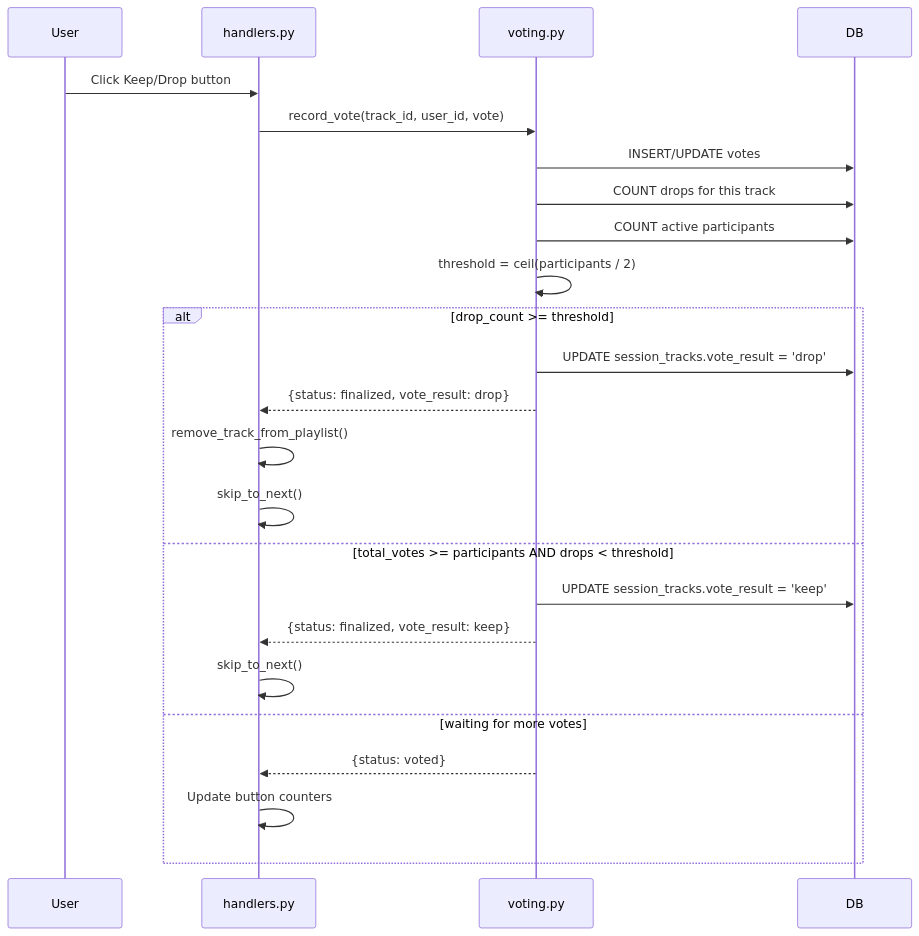
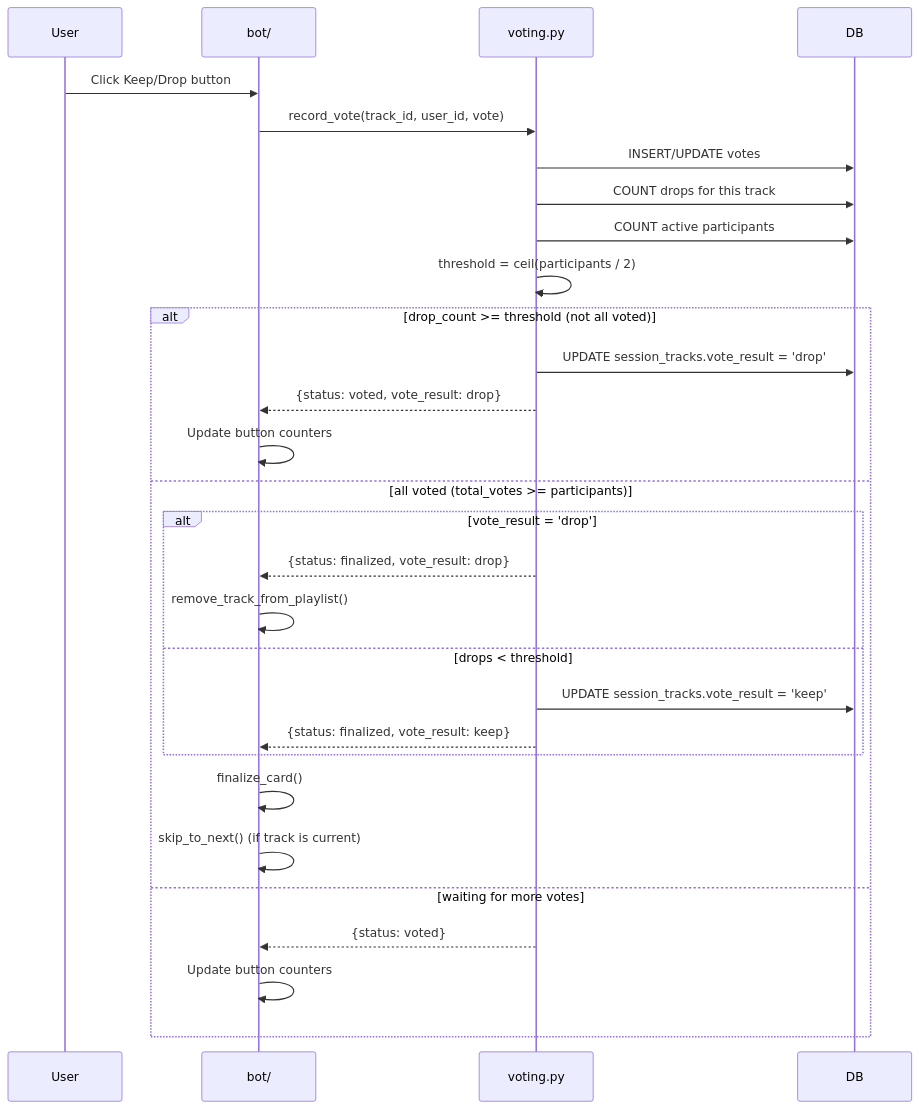
Before and after one commit to ndomanovskiy/maspotifybot: the second of 8 diagrams in docs/architecture/03-flows.md, drawn with Mermaid. The commit also changed other lines of this file and 6 other files, not shown here.

First line of the commit message:
Phase 6: Update architecture docs for new module structure

````diff
--- a/docs/architecture/03-flows.md
+++ b/docs/architecture/03-flows.md
@@ -84,29 +91,34 @@
 ```mermaid
 sequenceDiagram
     participant User
-    participant Bot as handlers.py
+    participant Bot as bot/
     participant Vote as voting.py
     participant DB
 
     User->>Bot: Click Keep/Drop button
     Bot->>Vote: record_vote(track_id, user_id, vote)
     Vote->>DB: INSERT/UPDATE votes
     Vote->>DB: COUNT drops for this track
     Vote->>DB: COUNT active participants
 
     Vote->>Vote: threshold = ceil(participants / 2)
 
-    alt drop_count >= threshold
+    alt drop_count >= threshold (not all voted)
         Vote->>DB: UPDATE session_tracks.vote_result = 'drop'
-        Vote-->>Bot: {status: finalized, vote_result: drop}
-        Bot->>Bot: remove_track_from_playlist()
-        Bot->>Bot: skip_to_next()
-    else total_votes >= participants AND drops < threshold
-        Vote->>DB: UPDATE session_tracks.vote_result = 'keep'
-        Vote-->>Bot: {status: finalized, vote_result: keep}
-        Bot->>Bot: skip_to_next()
+        Vote-->>Bot: {status: voted, vote_result: drop}
+        Bot->>Bot: Update button counters
+    else all voted (total_votes >= participants)
+        alt vote_result = 'drop'
+            Vote-->>Bot: {status: finalized, vote_result: drop}
+            Bot->>Bot: remove_track_from_playlist()
+        else drops < threshold
+            Vote->>DB: UPDATE session_tracks.vote_result = 'keep'
+            Vote-->>Bot: {status: finalized, vote_result: keep}
+        end
+        Bot->>Bot: finalize_card()
+        Bot->>Bot: skip_to_next() (if track is current)
     else waiting for more votes
         Vote-->>Bot: {status: voted}
         Bot->>Bot: Update button counters
     end
 ```
````
